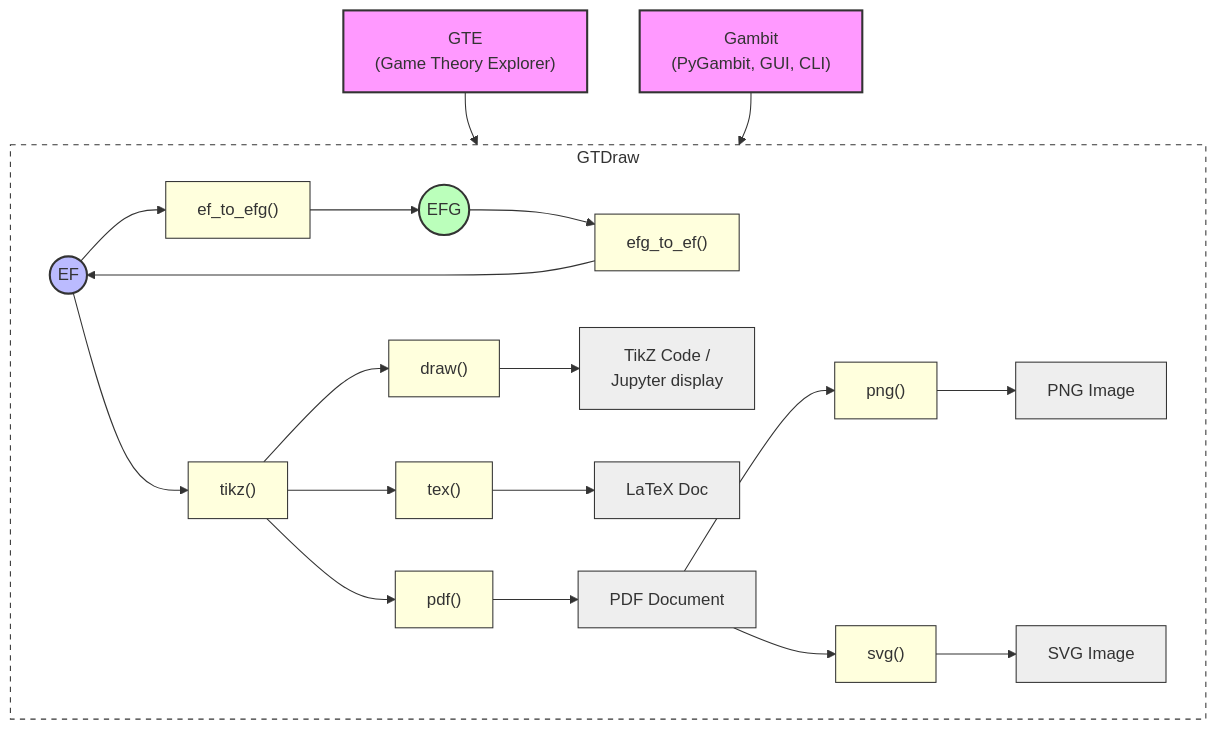
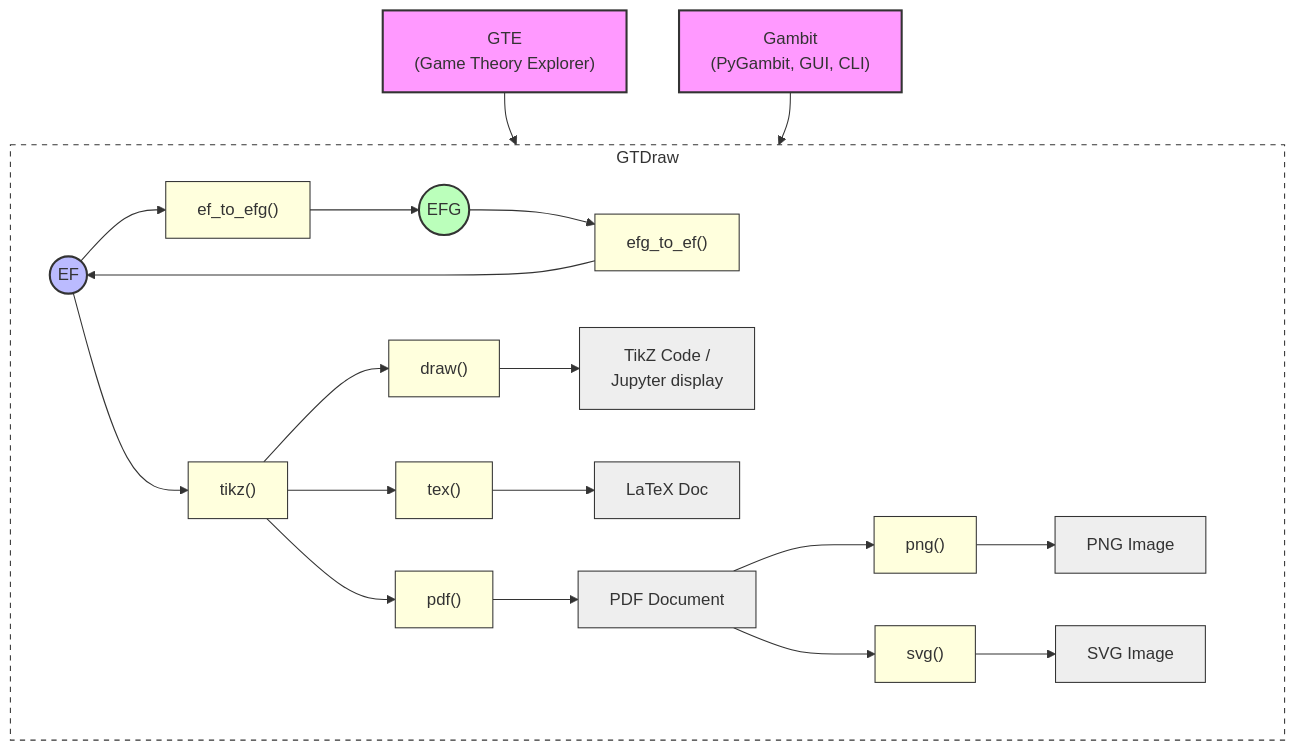
One commit to gambitproject/gtdraw changed the diagram in docs/creating_games.md. Above: the diagram before and after it, drawn with Mermaid.

Commit message:
Final mermaid edit

````diff
--- a/docs/creating_games.md
+++ b/docs/creating_games.md
@@ -12,53 +12,58 @@
 ```{mermaid}
 flowchart TD
     %% Source Inputs
     GTE["GTE <br/> (Game Theory Explorer)"] --> EF((EF))
     Gambit["Gambit <br/> (PyGambit, GUI, CLI)"] --> EFG((EFG))
 
     subgraph GTDraw
         direction LR
 
         %% Conversion Layer
         EF --> ef_to_efg_fn["ef_to_efg()"]
         ef_to_efg_fn --> EFG
         EFG --> efg_to_ef_fn["efg_to_ef()"]
         efg_to_ef_fn --> EF
 
         %% core.py entry point
         EF --> tikz_fn["tikz()"]
 
         %% Functions that build directly on tikz()
         tikz_fn --> draw_fn["draw()"]
         tikz_fn --> tex_fn["tex()"]
         tikz_fn --> pdf_fn["pdf()"]
 
         %% Output nodes
         draw_fn --> OUT1["TikZ Code /<br/>Jupyter display"]
         tex_fn  --> OUT2[LaTeX Doc]
         pdf_fn  --> OUT3[PDF Document]
 
         %% Functions that build on pdf()
-        OUT3 --> png_fn["png()"] --> OUT4[PNG Image]
-        OUT3 --> svg_fn["svg()"] --> OUT5[SVG Image]
+        subgraph raster[ ]
+            png_fn["png()"] --> OUT4[PNG Image]
+            svg_fn["svg()"] --> OUT5[SVG Image]
+        end
+        OUT3 --> png_fn
+        OUT3 --> svg_fn
     end
 
     %% Styling
     style GTE fill:#f9f,stroke:#333,stroke-width:2px
     style Gambit fill:#f9f,stroke:#333,stroke-width:2px
     style EF fill:#bbf,stroke:#333,stroke-width:2px
     style EFG fill:#bfb,stroke:#333,stroke-width:2px
     style ef_to_efg_fn fill:#ffd,stroke:#333
     style efg_to_ef_fn fill:#ffd,stroke:#333
     style tikz_fn fill:#ffd,stroke:#333
     style draw_fn fill:#ffd,stroke:#333
     style tex_fn fill:#ffd,stroke:#333
     style pdf_fn fill:#ffd,stroke:#333
     style png_fn fill:#ffd,stroke:#333
     style svg_fn fill:#ffd,stroke:#333
     style GTDraw fill:#fff,stroke:#333,stroke-dasharray: 5 5
     style OUT1 fill:#eee,stroke:#333
     style OUT2 fill:#eee,stroke:#333
     style OUT3 fill:#eee,stroke:#333
     style OUT4 fill:#eee,stroke:#333
     style OUT5 fill:#eee,stroke:#333
+    style raster fill:none,stroke:none
 ```
````
